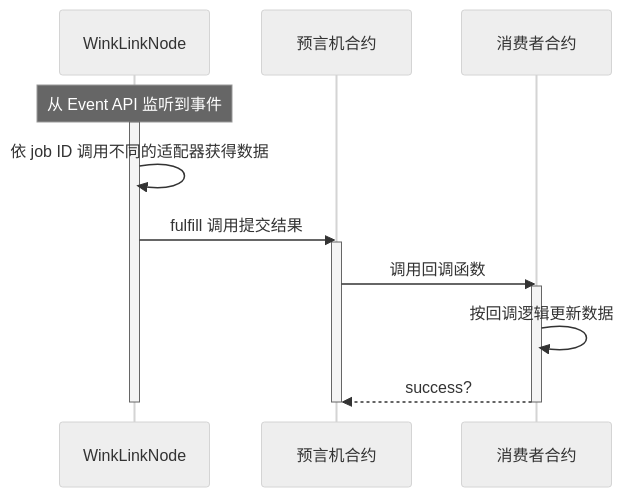
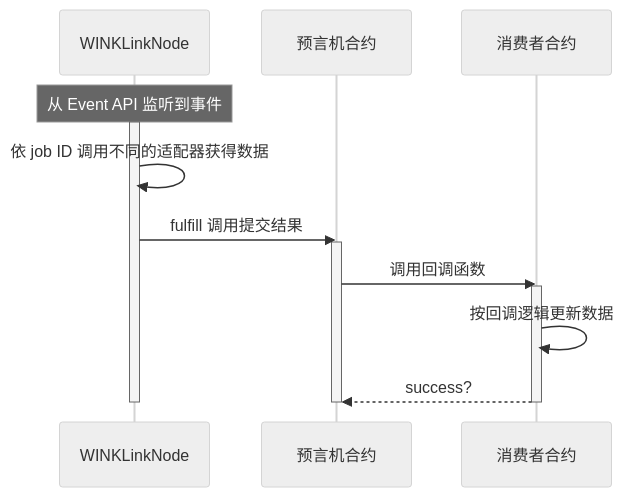
Before and after one commit to wink-link/winklink-doc: the third of 3 diagrams in docs/architecture.md, drawn with Mermaid (neutral theme). The commit also changed other lines of this file and 10 other files, not shown here.

Commit message:
rename WinkLink as WINKLink

````diff
--- a/docs/architecture.md
+++ b/docs/architecture.md
@@ -56,15 +56,15 @@
 ```mermaid
 sequenceDiagram
-    Note over WinkLinkNode: 从 Event API 监听到事件
-    activate WinkLinkNode
-    WinkLinkNode->>WinkLinkNode: 依 job ID 调用不同的适配器获得数据
-    WinkLinkNode->>预言机合约: fulfill 调用提交结果
+    Note over WINKLinkNode: 从 Event API 监听到事件
+    activate WINKLinkNode
+    WINKLinkNode->>WINKLinkNode: 依 job ID 调用不同的适配器获得数据
+    WINKLinkNode->>预言机合约: fulfill 调用提交结果
     activate 预言机合约
     预言机合约->>消费者合约: 调用回调函数
     activate 消费者合约
     消费者合约->>消费者合约: 按回调逻辑更新数据
     消费者合约-->>预言机合约: success?
     deactivate 消费者合约
     deactivate 预言机合约
-    deactivate WinkLinkNode
+    deactivate WINKLinkNode
 ```
````
